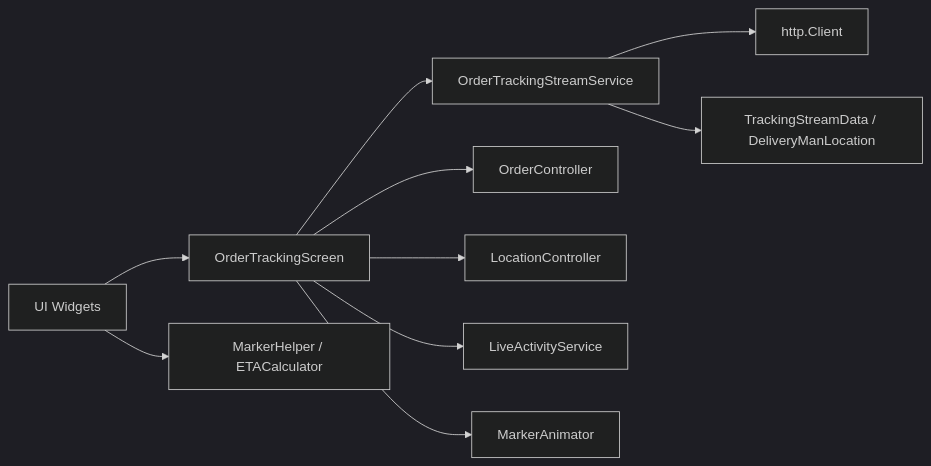
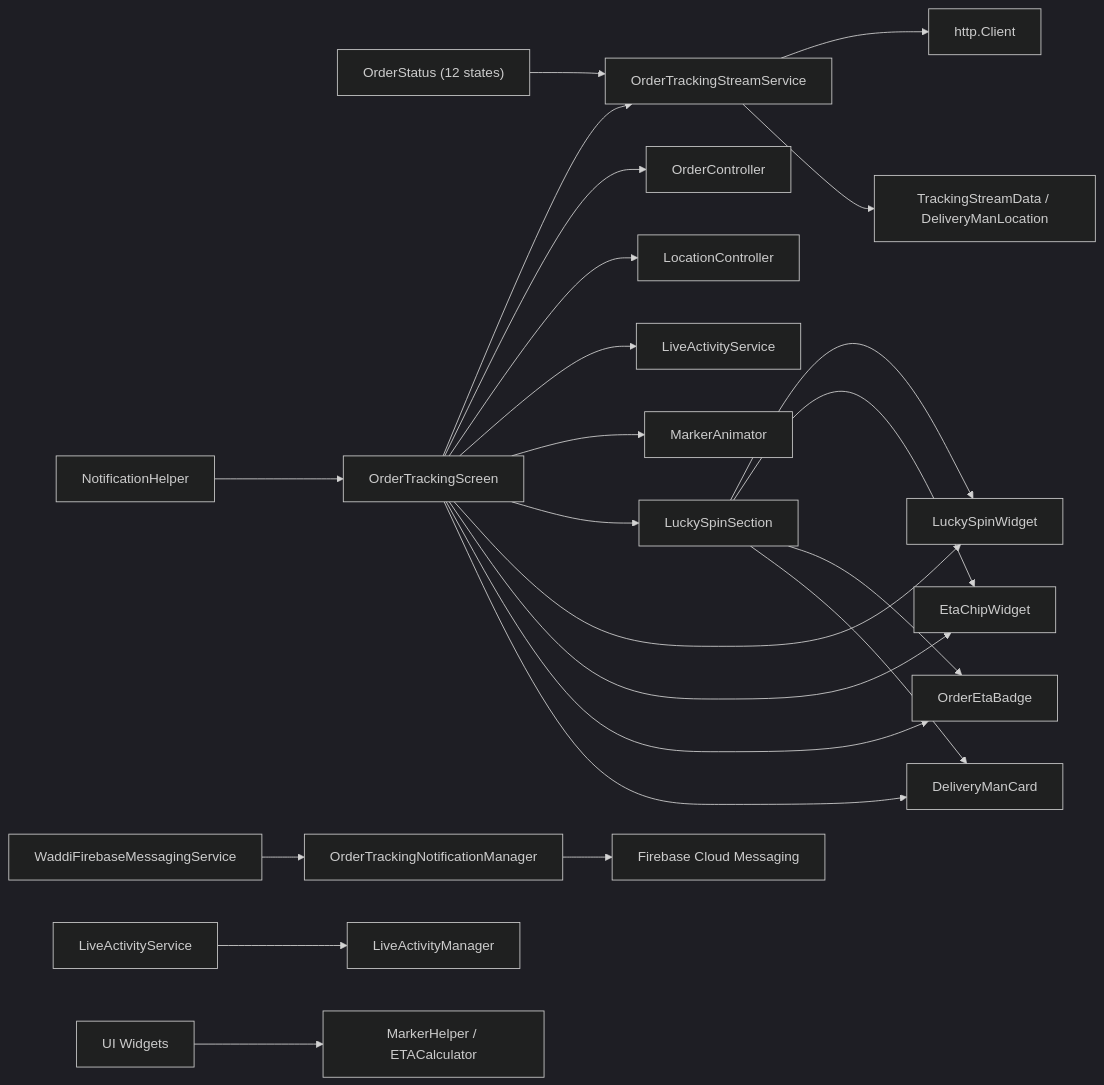
One commit to Hamdies/waddy_user changed the eighth of 8 diagrams in .qoder/repowiki/en/content/Order Management/Order Tracking.md. Above: the diagram before and after it, drawn with Mermaid (dark theme). The commit also changed other lines of this file and 773 other files, not shown here.

````diff
--- a/.qoder/repowiki/en/content/Order Management/Order Tracking.md
+++ b/.qoder/repowiki/en/content/Order Management/Order Tracking.md
@@ -319,12 +424,25 @@
 ```mermaid
 graph LR
-OTS["OrderTrackingStreamService"] --> HTTP["http.Client"]
+OS["OrderStatus (12 states)"] --> OTS["OrderTrackingStreamService"]
+OTS --> HTTP["http.Client"]
 OTS --> Models["TrackingStreamData / DeliveryManLocation"]
 OTScrn["OrderTrackingScreen"] --> OTS
 OTScrn --> OC["OrderController"]
 OTScrn --> LC["LocationController"]
 OTScrn --> LA["LiveActivityService"]
 OTScrn --> MA["MarkerAnimator"]
-Widgets["UI Widgets"] --> OTScrn
-Widgets --> Helpers["MarkerHelper / ETACalculator"]
+OTScrn --> LSS["LuckySpinSection"]
+OTScrn --> LSW["LuckySpinWidget"]
+OTScrn --> ETC["EtaChipWidget"]
+OTScrn --> OEB["OrderEtaBadge"]
+OTScrn --> DMC["DeliveryManCard"]
+LSS --> LSW
+LSS --> ETC
+LSS --> OEB
+LSS --> DMC
+ONM["OrderTrackingNotificationManager"] --> FCM["Firebase Cloud Messaging"]
+WFMS["WaddiFirebaseMessagingService"] --> ONM
+LAS["LiveActivityService"] --> LAM["LiveActivityManager"]
+NH["NotificationHelper"] --> OTScrn
+Widgets["UI Widgets"] --> Helpers["MarkerHelper / ETACalculator"]
 ```
````
